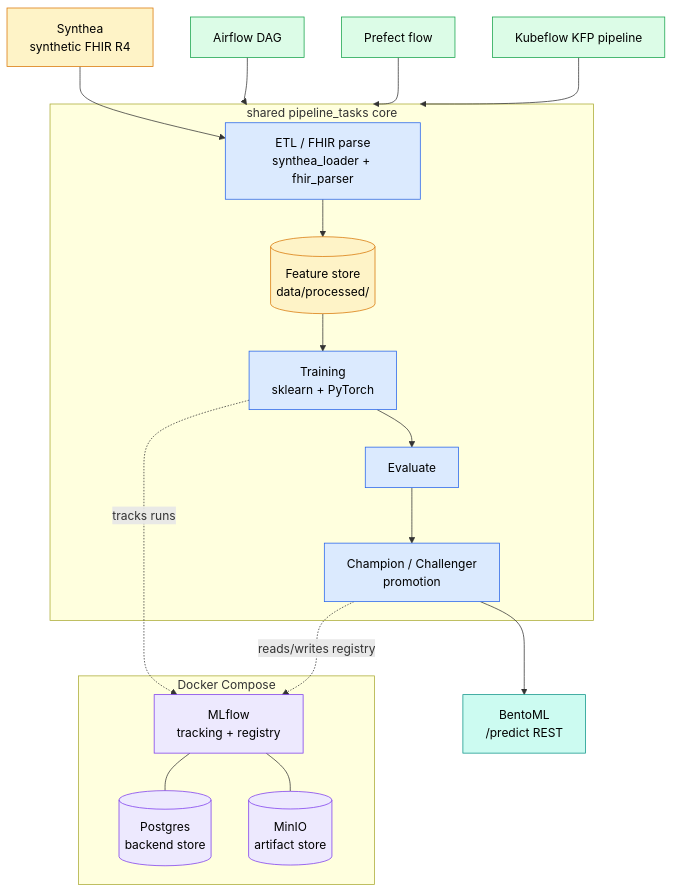
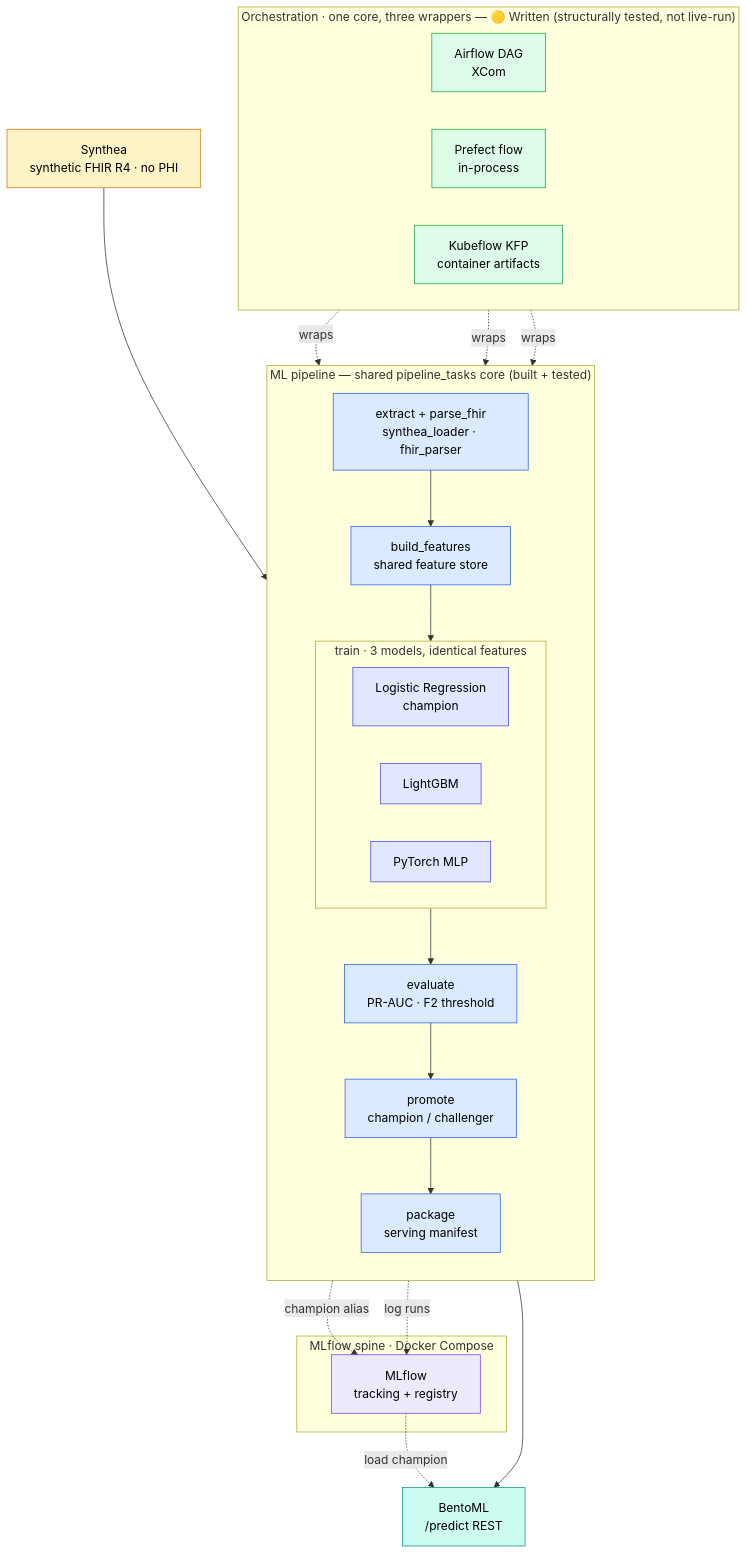
One commit to aliminagar/clinops-mlops changed the diagram in README.md. Above: the diagram before and after it, drawn with Mermaid. The commit also changed other lines of this file, not shown here.

Commit message:
docs: hero architecture diagram + orchestrator status fix in README

````diff
--- a/README.md
+++ b/README.md
@@ -25,37 +25,49 @@
 ```mermaid
 flowchart TD
-    SYN[Synthea<br/>synthetic FHIR R4]:::data --> ETL[ETL / FHIR parse<br/>synthea_loader + fhir_parser]:::step
-    ETL --> FS[(Feature store<br/>data/processed/)]:::data
-    FS --> TR[Training<br/>sklearn + PyTorch]:::step
+    SYN["Synthea<br/>synthetic FHIR R4 · no PHI"]:::data
 
-    subgraph CORE[shared pipeline_tasks core]
-        ETL
-        FS
-        TR
-        EVAL[Evaluate]:::step
-        PROMO[Champion / Challenger<br/>promotion]:::step
+    subgraph PIPE["ML pipeline — shared pipeline_tasks core (built + tested)"]
+        direction TB
+        ETL["extract + parse_fhir<br/>synthea_loader · fhir_parser"]:::step
+        FEAT["build_features<br/>shared feature store"]:::step
+        subgraph MODELS["train · 3 models, identical features"]
+            direction LR
+            LOGREG["Logistic Regression<br/>champion"]:::model
+            LGBM["LightGBM"]:::model
+            TORCH["PyTorch MLP"]:::model
+        end
+        EVAL["evaluate<br/>PR-AUC · F2 threshold"]:::step
+        PROMO["promote<br/>champion / challenger"]:::step
+        PKG["package<br/>serving manifest"]:::step
     end
 
-    TR --> EVAL --> PROMO
-    TR -.tracks runs.-> MLF
-    PROMO -.reads/writes registry.-> MLF
-    PROMO --> BENTO[BentoML<br/>/predict REST]:::serve
+    SYN --> ETL --> FEAT --> MODELS --> EVAL --> PROMO --> PKG
 
-    subgraph DC[Docker Compose]
-        MLF[MLflow<br/>tracking + registry]:::infra
-        PG[(Postgres<br/>backend store)]:::infra
-        MINIO[(MinIO<br/>artifact store)]:::infra
+    subgraph SPINE["MLflow spine · Docker Compose"]
+        MLF["MLflow<br/>tracking + registry"]:::infra
     end
-    MLF --- PG
-    MLF --- MINIO
 
-    AF[Airflow DAG]:::orch --> CORE
-    PF[Prefect flow]:::orch --> CORE
-    KF[Kubeflow KFP pipeline]:::orch --> CORE
+    MODELS -.->|log runs| MLF
+    PROMO -.->|champion alias| MLF
+
+    PKG --> BENTO["BentoML<br/>/predict REST"]:::serve
+    MLF -.->|load champion| BENTO
+
+    subgraph ORCH["Orchestration · one core, three wrappers — 🟡 Written (structurally tested, not live-run)"]
+        direction LR
+        AF["Airflow DAG<br/>XCom"]:::orch
+        PF["Prefect flow<br/>in-process"]:::orch
+        KF["Kubeflow KFP<br/>container artifacts"]:::orch
+    end
+
+    AF -.->|wraps| PIPE
+    PF -.->|wraps| PIPE
+    KF -.->|wraps| PIPE
 
     classDef data fill:#fef3c7,stroke:#d97706,color:#000
     classDef step fill:#dbeafe,stroke:#2563eb,color:#000
+    classDef model fill:#e0e7ff,stroke:#4f46e5,color:#000
     classDef infra fill:#ede9fe,stroke:#7c3aed,color:#000
     classDef orch fill:#dcfce7,stroke:#16a34a,color:#000
     classDef serve fill:#ccfbf1,stroke:#0d9488,color:#000
 ```
````
